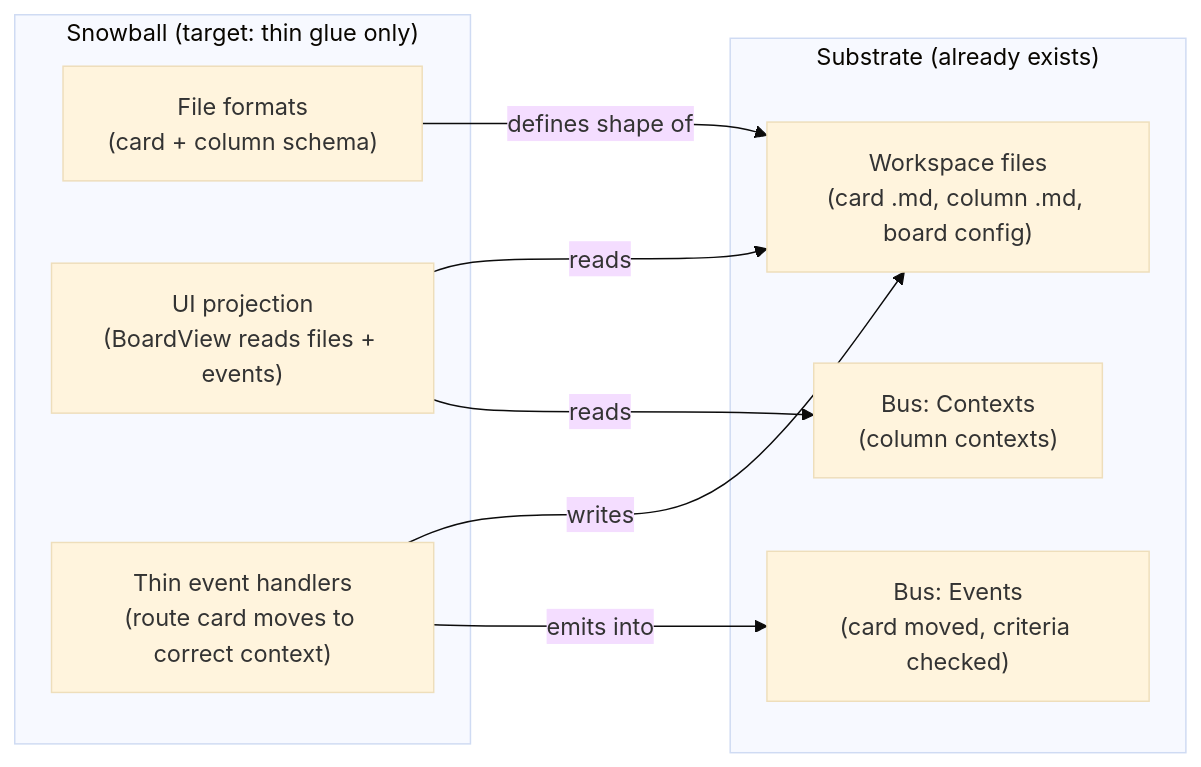
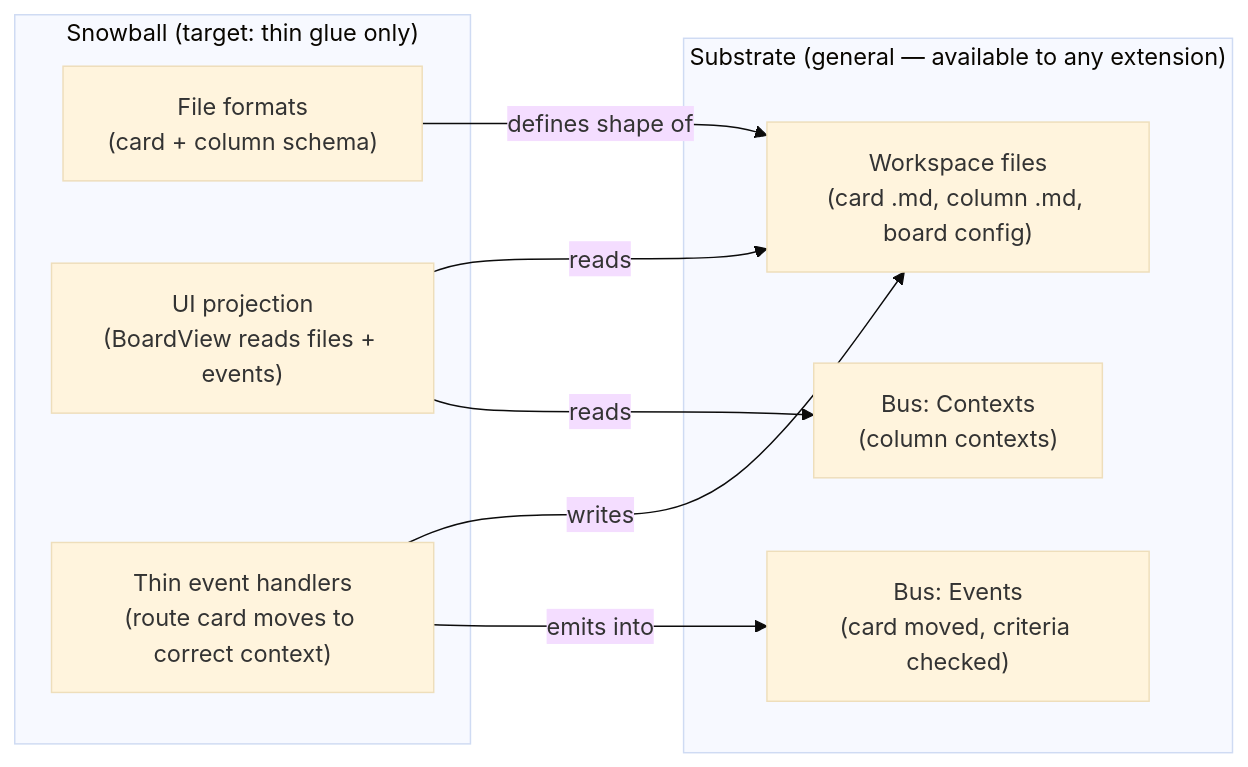
Before and after one commit to floe-ai/floe-subtrate: the tenth of 12 diagrams in docs/architecture/overview.md, drawn with Mermaid (base theme). The commit also changed other lines of this file, not shown here.

````diff
--- a/docs/architecture/overview.md
+++ b/docs/architecture/overview.md
@@ -327,20 +443,20 @@
 ```mermaid
 graph LR
-    subgraph "Substrate (already exists)"
+    subgraph SUB["Substrate (general — available to any extension)"]
         BUS_CTX["Bus: Contexts\n(column contexts)"]
         BUS_EV["Bus: Events\n(card moved, criteria checked)"]
         FILES["Workspace files\n(card .md, column .md, board config)"]
     end
 
-    subgraph "Snowball (target: thin glue only)"
+    subgraph SB["Snowball (target: thin glue only)"]
         FMT["File formats\n(card + column schema)"]
         UI2["UI projection\n(BoardView reads files + events)"]
         GLUE["Thin event handlers\n(route card moves to correct context)"]
     end
 
     FMT -->|"defines shape of"| FILES
     GLUE -->|"writes"| FILES
     GLUE -->|"emits into"| BUS_EV
     UI2 -->|"reads"| FILES
     UI2 -->|"reads"| BUS_CTX
 ```
````
